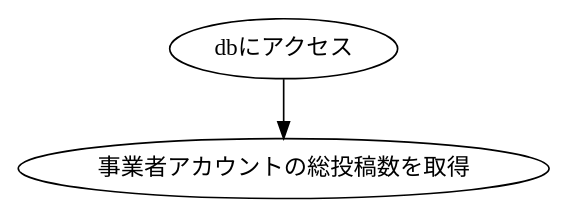
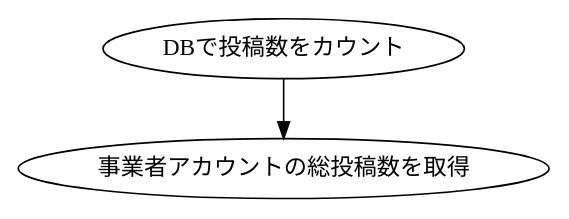
One commit to KUT-Group12/internal_design changed the diagram in dot/sato/BusinessGetTotalPostNumber.dot. Above: the diagram before and after it, drawn with Graphviz. The commit also changed 100 other files, not shown here.

```diff
--- a/dot/sato/BusinessGetTotalPostNumber.dot
+++ b/dot/sato/BusinessGetTotalPostNumber.dot
@@ -1,8 +1,8 @@
 digraph G {
     #include "style.doth"
 
-    db[label = "dbにアクセス"]
+    db[label = "DBで投稿数をカウント"]
     post[label = "事業者アカウントの総投稿数を取得"]
 
     db -> post
 }
```
